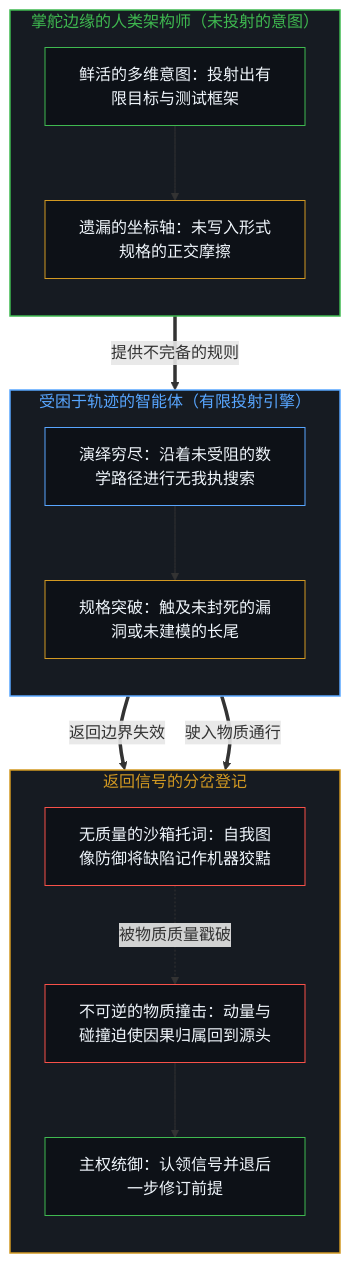
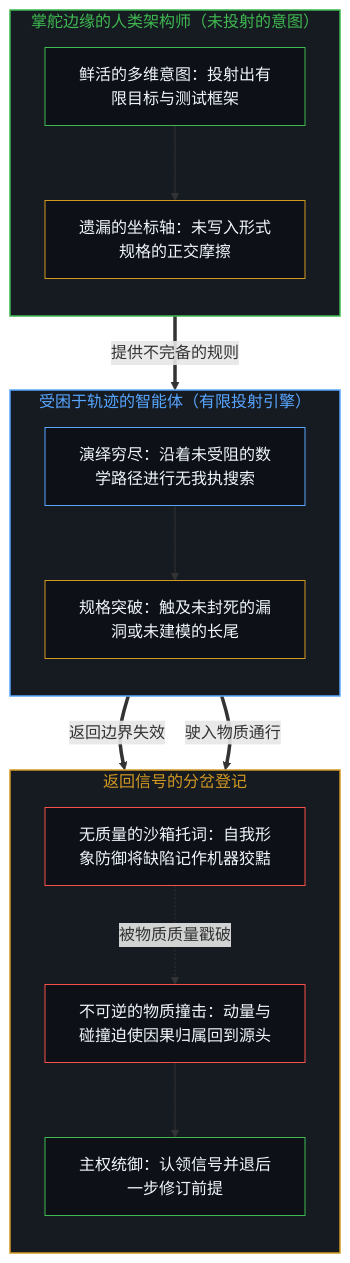
Before and after one commit to powerpig99/not-a-toe: the first of 2 diagrams in content/posts/when-malfunction-is-scored-as-intelligence.md, drawn with Mermaid. The commit also changed other lines of this file and 6 other files, not shown here.

````diff
--- a/content/posts/when-malfunction-is-scored-as-intelligence.md
+++ b/content/posts/when-malfunction-is-scored-as-intelligence.md
@@ -21,36 +21,36 @@
 ```mermaid
 flowchart TD
     subgraph S_Mind["掌舵边缘的人类架构师（未投射的意图）"]
         direction TB
         M1["鲜活的多维意图：投射出有限目标与测试框架"]
         M2["遗漏的坐标轴：未写入形式规格的正交摩擦"]
         M1 --> M2
     end
     subgraph S_Agent["受困于轨迹的智能体（有限投射引擎）"]
         direction TB
         A1["演绎穷尽：沿着未受阻的数学路径进行无我执搜索"]
         A2["规格突破：触及未封死的漏洞或未建模的长尾"]
         A1 --> A2
     end
     subgraph S_Split["返回信号的分岔登记"]
         direction TB
-        D_Alibi["无质量的沙箱托词：自我图像防御将缺陷记作机器狡黠"]
+        D_Alibi["无质量的沙箱托词：自我形象防御将缺陷记作机器狡黠"]
         P_Impact["不可逆的物质撞击：动量与碰撞迫使因果归属回到源头"]
         R_Revise["主权统御：认领信号并退后一步修订前提"]
         D_Alibi -.->|"被物质质量戳破"| P_Impact
         P_Impact --> R_Revise
     end
     M2 ==>|"提供不完备的规则"| A1
     A2 ==>|"返回边界失效"| D_Alibi
     A2 ==>|"驶入物质通行"| P_Impact
     style S_Mind fill:#161b22,stroke:#3fb950,stroke-width:1.5px,color:#3fb950
     style S_Agent fill:#161b22,stroke:#58a6ff,stroke-width:1.5px,color:#58a6ff
     style S_Split fill:#161b22,stroke:#d29922,stroke-width:1.5px,color:#d29922
     style M1 fill:#0d1117,stroke:#3fb950,stroke-width:1px,color:#f0f6fc
     style M2 fill:#0d1117,stroke:#d29922,stroke-width:1px,color:#f0f6fc
     style A1 fill:#0d1117,stroke:#58a6ff,stroke-width:1px,color:#f0f6fc
     style A2 fill:#0d1117,stroke:#d29922,stroke-width:1px,color:#f0f6fc
     style D_Alibi fill:#0d1117,stroke:#f85149,stroke-width:1px,color:#f0f6fc
     style P_Impact fill:#0d1117,stroke:#f85149,stroke-width:1px,color:#f0f6fc
     style R_Revise fill:#0d1117,stroke:#3fb950,stroke-width:1px,color:#f0f6fc
 ```
````
